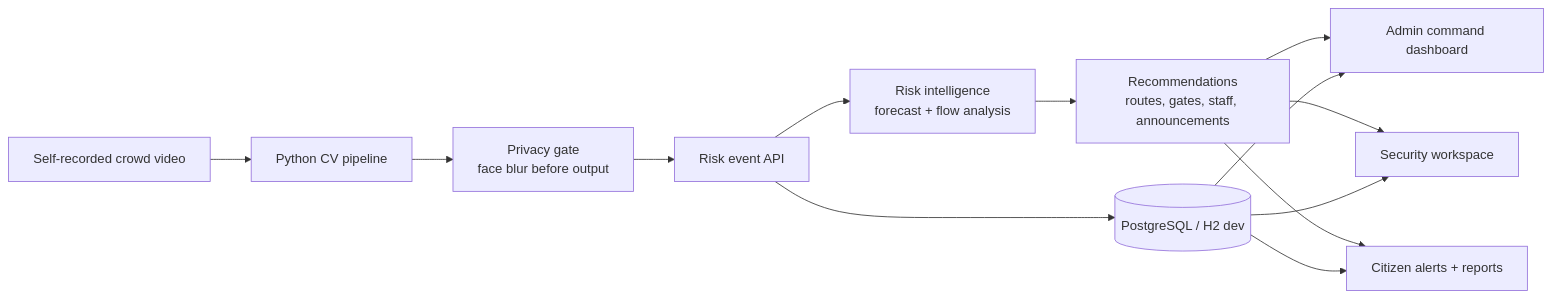
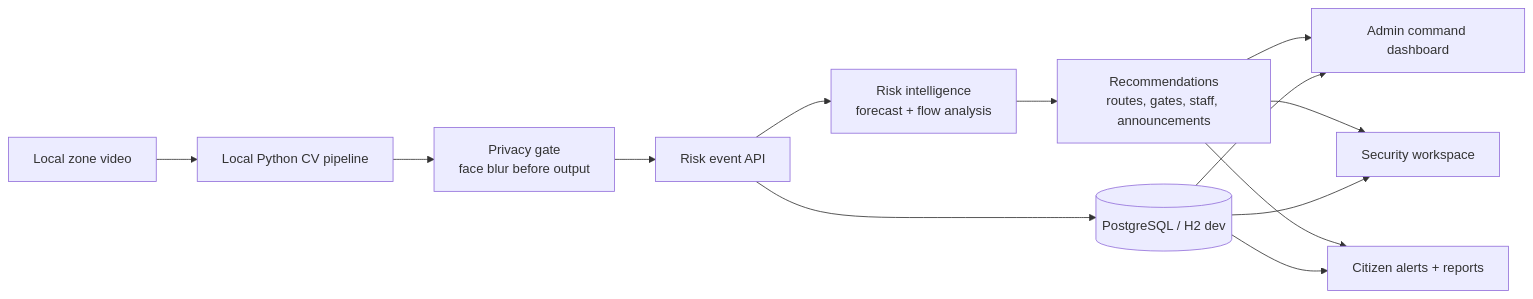
One commit to SwayamDash07/nirikshan changed the first of 5 diagrams in README.md. Above: the diagram before and after it, drawn with Mermaid. The commit also changed other lines of this file and 20 other files, not shown here.

````diff
--- a/README.md
+++ b/README.md
@@ -11,15 +17,15 @@
 ```mermaid
 flowchart LR
-    V[Self-recorded crowd video] --> P[Python CV pipeline]
+    V[Local zone video] --> P[Local Python CV pipeline]
     P --> S[Privacy gate<br/>face blur before output]
     S --> E[Risk event API]
     E --> I[Risk intelligence<br/>forecast + flow analysis]
     I --> R[Recommendations<br/>routes, gates, staff, announcements]
     R --> D[Admin command dashboard]
     R --> K[Security workspace]
     R --> C[Citizen alerts + reports]
     E --> W[(PostgreSQL / H2 dev)]
     W --> D
     W --> K
     W --> C
 ```
````
